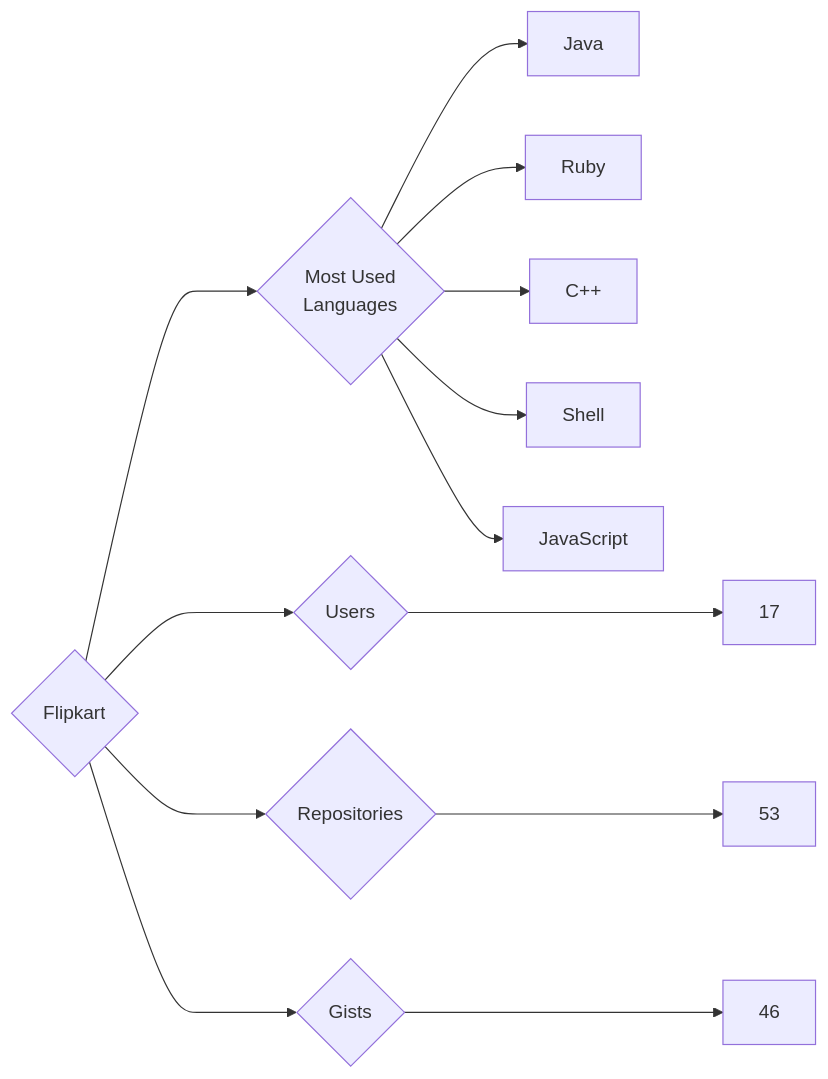
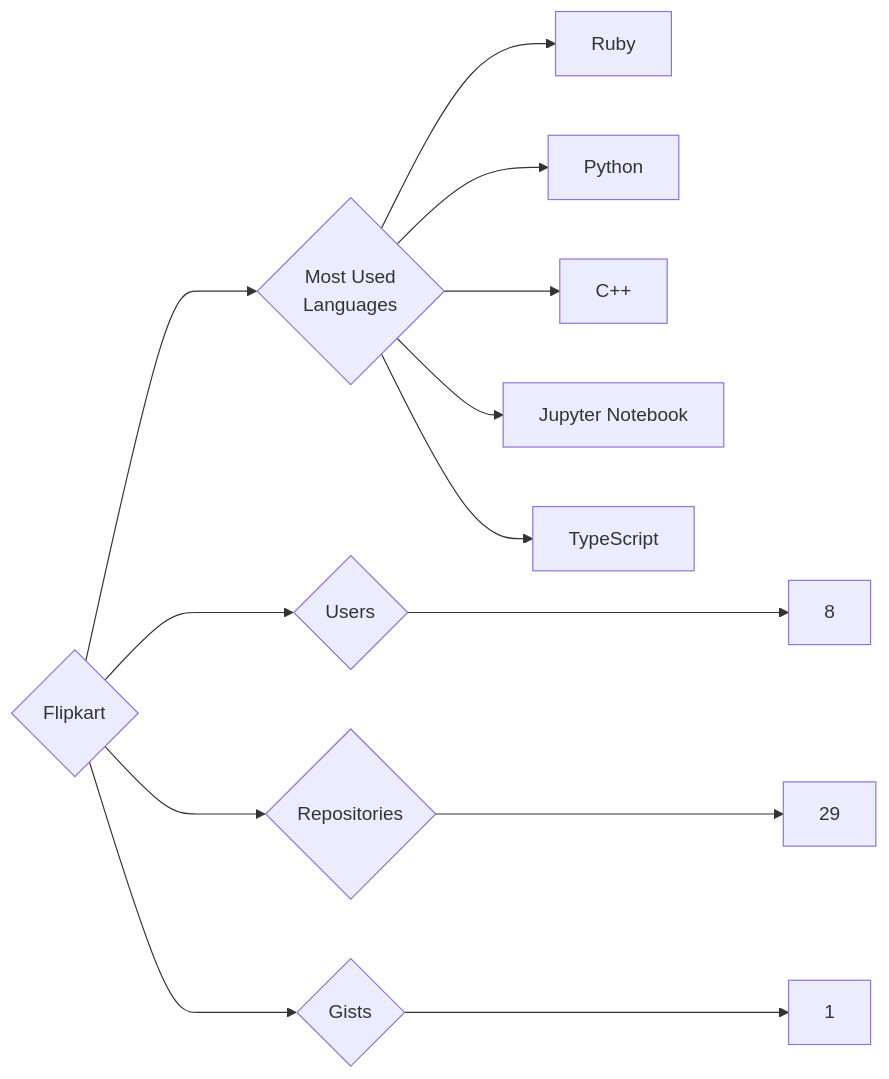
One commit to trickest/insiders changed the diagram in targets/Flipkart/README.md. Above: the diagram before and after it, drawn with Mermaid. The commit also changed 1195 other files, not shown here.

````diff
--- a/targets/Flipkart/README.md
+++ b/targets/Flipkart/README.md
@@ -3,13 +3,13 @@
 ```mermaid
 graph LR
 COMPANY_NAME{Flipkart}
-COMPANY_NAME ---> U{Users} ---> UN[17]
-COMPANY_NAME ---> R{Repositories} ---> RN[53]
-COMPANY_NAME ---> G{Gists} ---> GN[46]
+COMPANY_NAME ---> U{Users} ---> UN[8]
+COMPANY_NAME ---> R{Repositories} ---> RN[29]
+COMPANY_NAME ---> G{Gists} ---> GN[1]
 COMPANY_NAME ---> ML{Most Used<br>Languages}
-ML --> Java[Java]
 ML --> Ruby[Ruby]
+ML --> Python[Python]
 ML --> C++[C++]
-ML --> Shell[Shell]
-ML --> JavaScript[JavaScript]
+ML --> Jupyter_Notebook[Jupyter Notebook]
+ML --> TypeScript[TypeScript]
 ```
````
